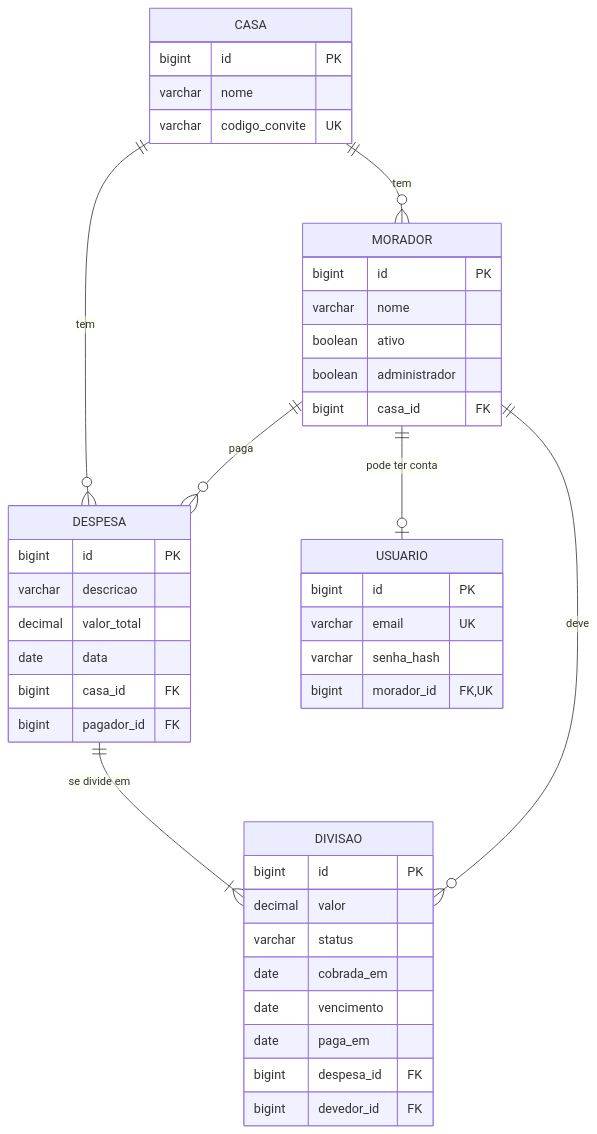
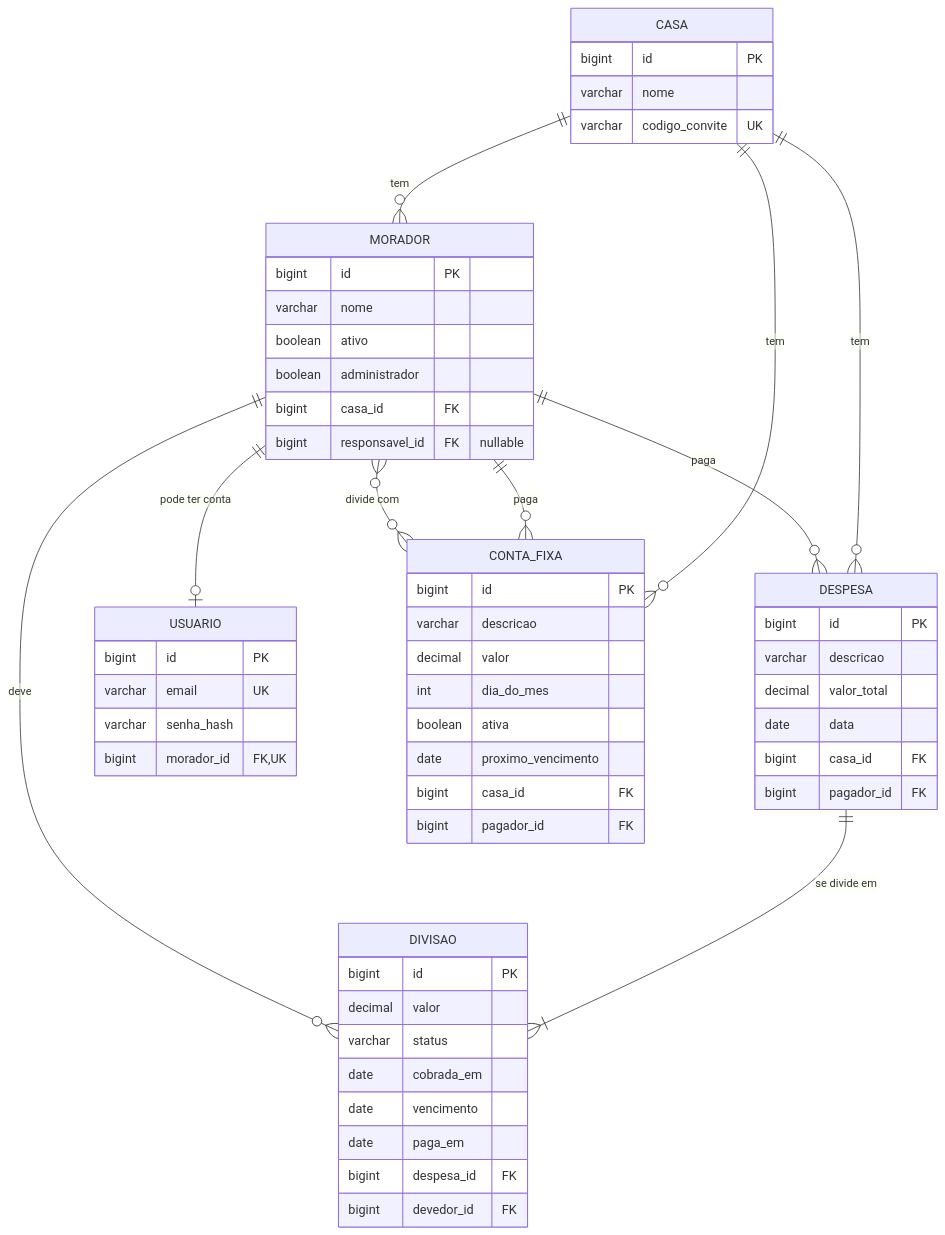
One commit to nathanmotadev/AdministradorDespesasRepublica changed the fifth of 10 diagrams in docs/UML.md. Above: the diagram before and after it, drawn with Mermaid. The commit also changed other lines of this file and 39 other files, not shown here.

````diff
--- a/docs/UML.md
+++ b/docs/UML.md
@@ -245,46 +263,60 @@
 ```mermaid
 erDiagram
     CASA ||--o{ MORADOR : "tem"
     CASA ||--o{ DESPESA : "tem"
     MORADOR ||--o| USUARIO : "pode ter conta"
     MORADOR ||--o{ DESPESA : "paga"
     DESPESA ||--|{ DIVISAO : "se divide em"
     MORADOR ||--o{ DIVISAO : "deve"
+    CASA ||--o{ CONTA_FIXA : "tem"
+    MORADOR ||--o{ CONTA_FIXA : "paga"
+    CONTA_FIXA }o--o{ MORADOR : "divide com"
 
     CASA {
         bigint id PK
         varchar nome
         varchar codigo_convite UK
     }
     MORADOR {
         bigint id PK
         varchar nome
         boolean ativo
         boolean administrador
         bigint casa_id FK
+        bigint responsavel_id FK "nullable"
     }
     USUARIO {
         bigint id PK
         varchar email UK
         varchar senha_hash
         bigint morador_id FK, UK
     }
     DESPESA {
         bigint id PK
         varchar descricao
         decimal valor_total
         date data
         bigint casa_id FK
         bigint pagador_id FK
     }
+    CONTA_FIXA {
+        bigint id PK
+        varchar descricao
+        decimal valor
+        int dia_do_mes
+        boolean ativa
+        date proximo_vencimento
+        bigint casa_id FK
+        bigint pagador_id FK
+    }
     DIVISAO {
         bigint id PK
         decimal valor
         varchar status
         date cobrada_em
         date vencimento
         date paga_em
         bigint despesa_id FK
         bigint devedor_id FK
     }
 ```
````
